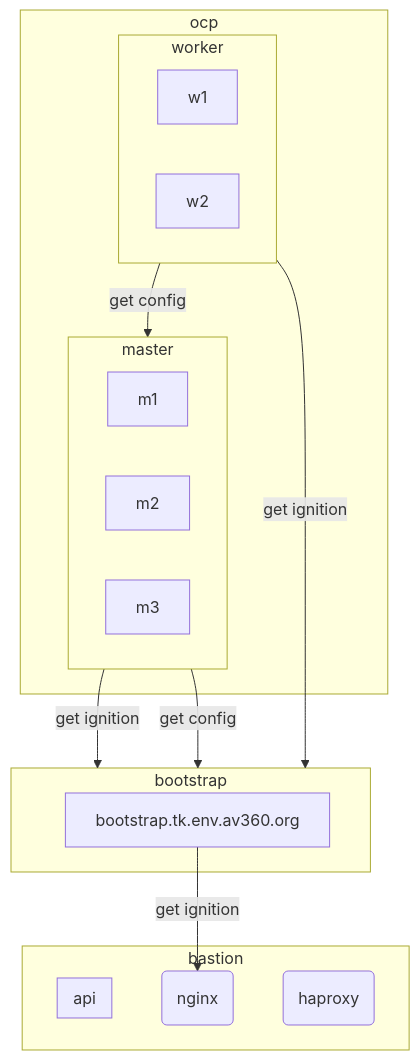
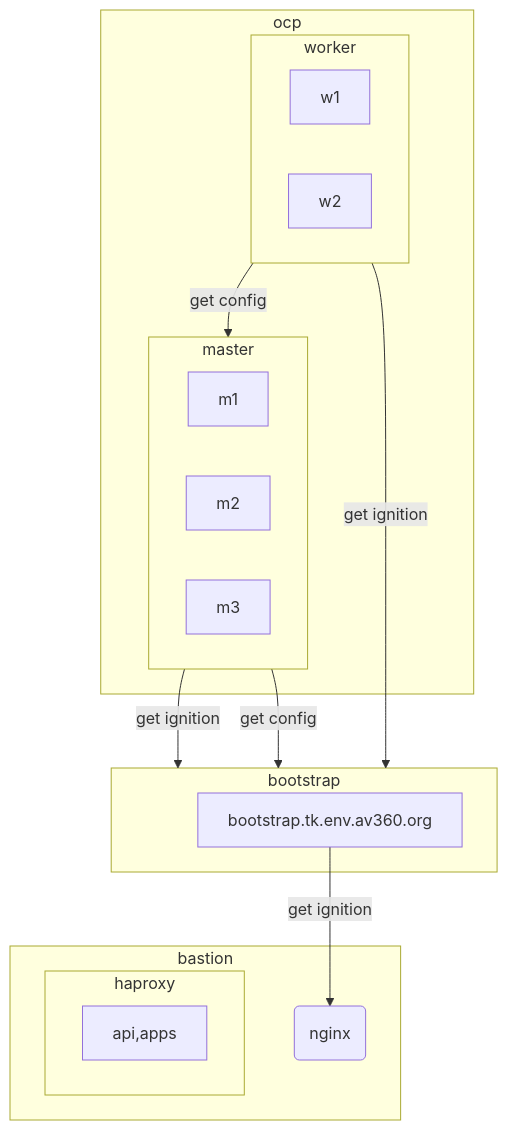
Before and after one commit to tkops/ocp4: the diagram in README.md, drawn with Mermaid.

````diff
--- a/README.md
+++ b/README.md
@@ -3,27 +3,27 @@
 ```mermaid
 flowchart TD
     subgraph ocp
        subgraph master
            m1;m2;m3
         end
         subgraph worker
           w1;w2
         end
     end
     subgraph bootstrap
       b1[bootstrap.tk.env.av360.org]
     end
     subgraph bastion
       n1(nginx)
-      n2(haproxy)
-      subgraph api
+      subgraph haproxy
+         api,apps
       end
     end
     b1 --get ignition--> n1
     master --get ignition--> bootstrap
     master --get config--> bootstrap
     worker --get ignition--> bootstrap
     worker --get config--> master
 
     
 ```
````
